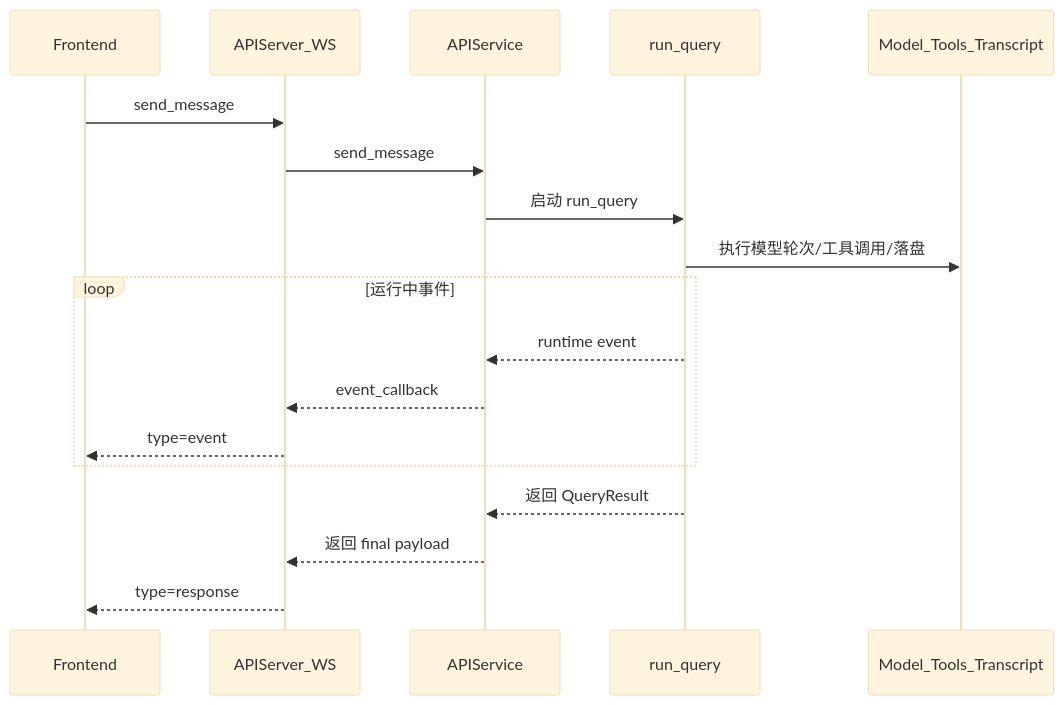
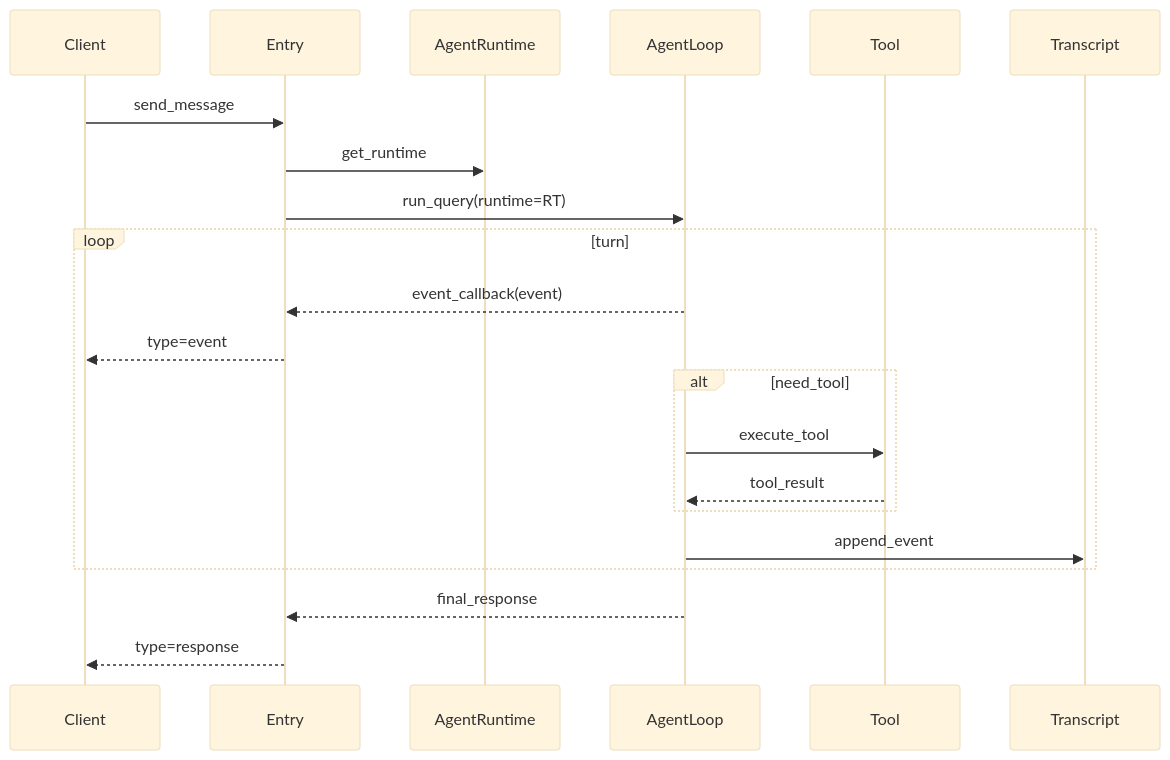
One commit to GoldenGYQ/ggbot changed the second of 5 diagrams in doc/architecture.md. Above: the diagram before and after it, drawn with Mermaid (base theme). The commit also changed other lines of this file and 58 other files, not shown here.

````diff
--- a/doc/architecture.md
+++ b/doc/architecture.md
@@ -258,23 +47,26 @@
 ```mermaid
 sequenceDiagram
-    participant FE as Frontend
-    participant WS as APIServer_WS
-    participant SVC as APIService
-    participant QRY as run_query
-    participant CORE as Model_Tools_Transcript
+    participant C as Client
+    participant API as Entry
+    participant RT as AgentRuntime
+    participant AG as AgentLoop
+    participant TM as Tool
+    participant TR as Transcript
 
-    FE->>WS: send_message
-    WS->>SVC: send_message
-    SVC->>QRY: 启动 run_query
-    QRY->>CORE: 执行模型轮次/工具调用/落盘
+    C->>API: send_message
+    API->>RT: get_runtime
+    API->>AG: run_query(runtime=RT)
 
-    loop 运行中事件
-        QRY-->>SVC: runtime event
-        SVC-->>WS: event_callback
-        WS-->>FE: type=event
+    loop turn
+        AG-->>API: event_callback(event)
+        API-->>C: type=event
+        alt need_tool
+            AG->>TM: execute_tool
+            TM-->>AG: tool_result
+        end
+        AG->>TR: append_event
     end
 
-    QRY-->>SVC: 返回 QueryResult
-    SVC-->>WS: 返回 final payload
-    WS-->>FE: type=response
+    AG-->>API: final_response
+    API-->>C: type=response
 ```
````
